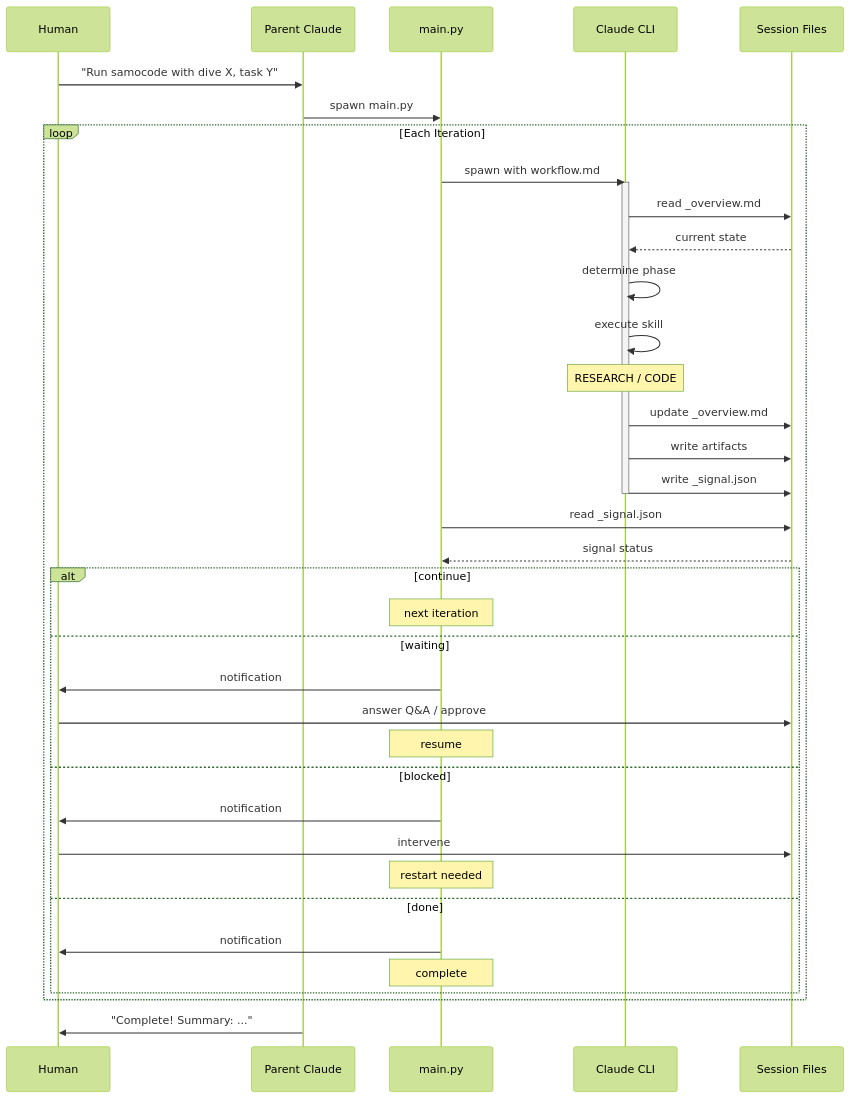
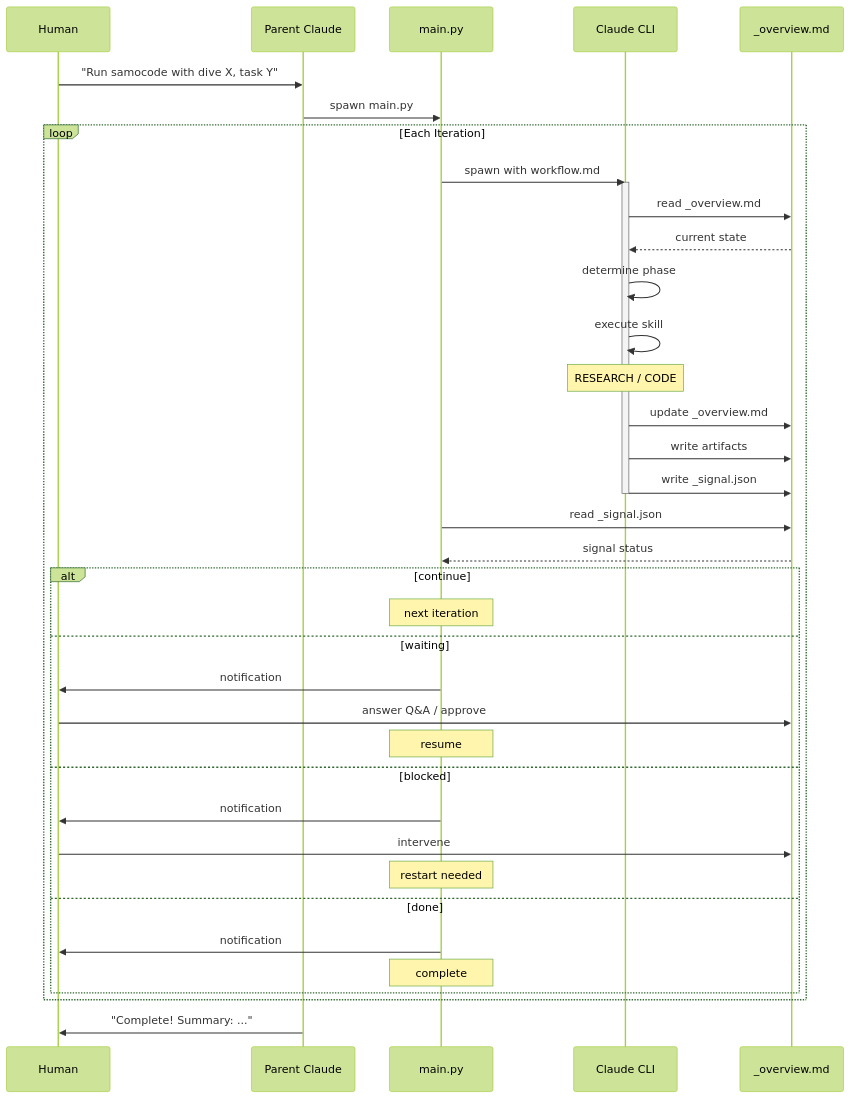
The diagram in README.md (Yuvasee/samocode), drawn with Mermaid (forest theme) before and after one commit.

Commit message:
README: rename Session Files to _overview.md in diagram

````diff
--- a/README.md
+++ b/README.md
@@ -158,50 +158,50 @@
 ```mermaid
 sequenceDiagram
     participant H as Human
     participant P as Parent Claude
     participant O as main.py
     participant C as Claude CLI
-    participant F as Session Files
+    participant F as _overview.md
 
     H->>P: "Run samocode with dive X, task Y"
     P->>O: spawn main.py
 
     loop Each Iteration
         O->>C: spawn with workflow.md
         activate C
 
         C->>F: read _overview.md
         F-->>C: current state
 
         C->>C: determine phase
         C->>C: execute skill
 
         Note over C: RESEARCH / CODE
 
         C->>F: update _overview.md
         C->>F: write artifacts
         C->>F: write _signal.json
 
         deactivate C
 
         O->>F: read _signal.json
         F-->>O: signal status
 
         alt continue
             Note over O: next iteration
         else waiting
             O->>H: notification
             H->>F: answer Q&A / approve
             Note over O: resume
         else blocked
             O->>H: notification
             H->>F: intervene
             Note over O: restart needed
         else done
             O->>H: notification
             Note over O: complete
         end
     end
 
     P->>H: "Complete! Summary: ..."
 ```
````
